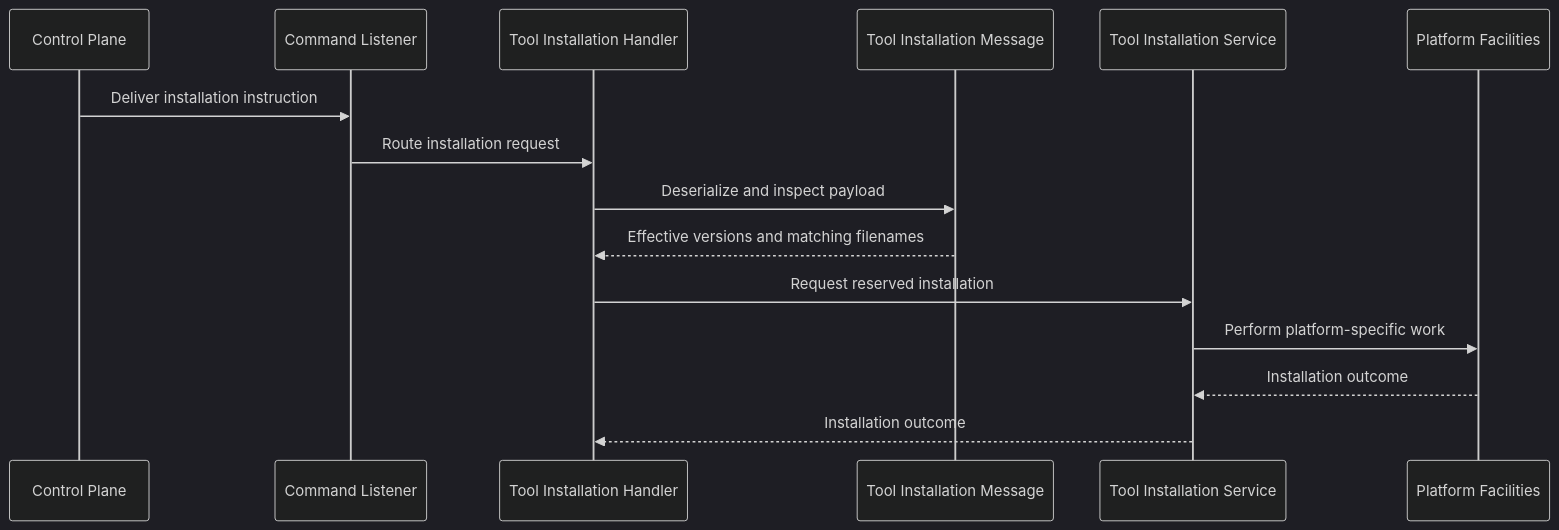
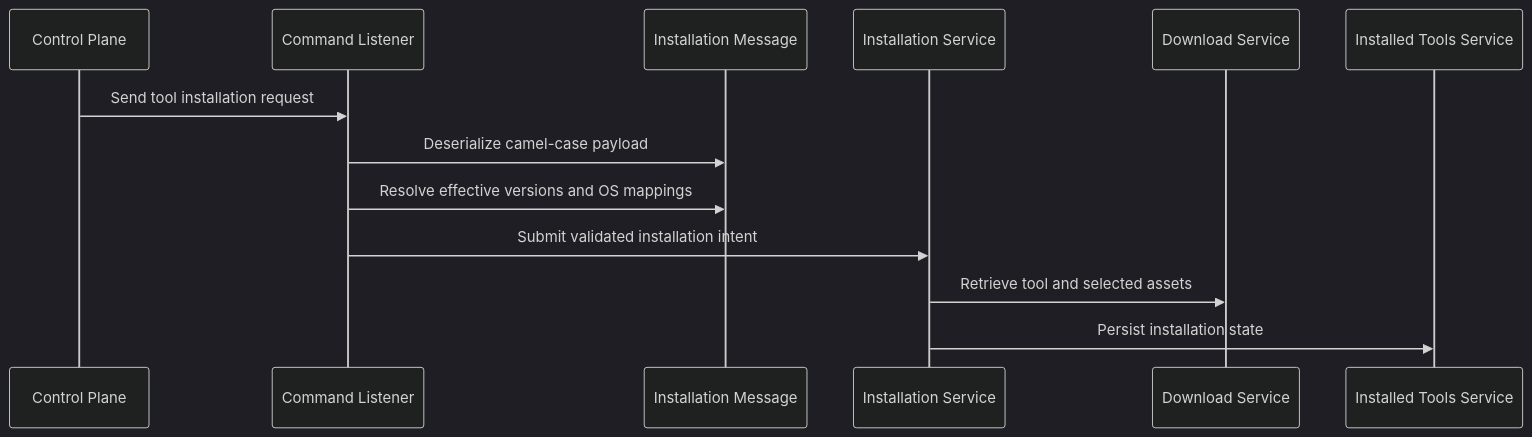
One commit to flamingo-stack/openframe-oss-tenant changed the fourth of 4 diagrams in docs/reference/architecture/openframe-client-core/model-tool-installation-message/model-tool-installation-message.md. Above: the diagram before and after it, drawn with Mermaid (dark theme). The commit also changed other lines of this file and 2377 other files, not shown here.

````diff
--- a/docs/reference/architecture/openframe-client-core/model-tool-installation-message/model-tool-installation-message.md
+++ b/docs/reference/architecture/openframe-client-core/model-tool-installation-message/model-tool-installation-message.md
@@ -156,17 +143,15 @@
 ```mermaid
 sequenceDiagram
     participant Control as Control Plane
     participant Listener as Command Listener
-    participant Handler as Tool Installation Handler
-    participant Message as Tool Installation Message
-    participant Service as Tool Installation Service
-    participant Platform as Platform Facilities
-    Control->>Listener: Deliver installation instruction
-    Listener->>Handler: Route installation request
-    Handler->>Message: Deserialize and inspect payload
-    Message-->>Handler: Effective versions and matching filenames
-    Handler->>Service: Request reserved installation
-    Service->>Platform: Perform platform-specific work
-    Platform-->>Service: Installation outcome
-    Service-->>Handler: Installation outcome
+    participant Message as Installation Message
+    participant Install as Installation Service
+    participant Download as Download Service
+    participant State as Installed Tools Service
+    Control->>Listener: Send tool installation request
+    Listener->>Message: Deserialize camel-case payload
+    Listener->>Message: Resolve effective versions and OS mappings
+    Listener->>Install: Submit validated installation intent
+    Install->>Download: Retrieve tool and selected assets
+    Install->>State: Persist installation state
 ```
````
